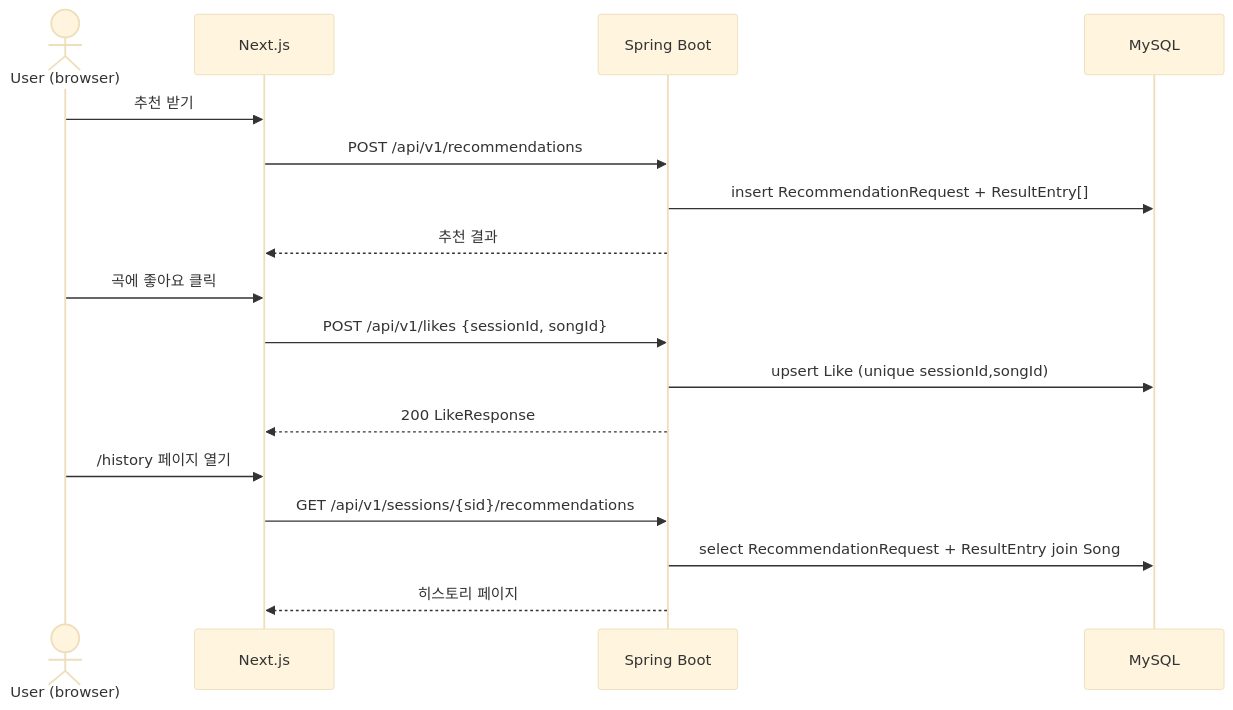
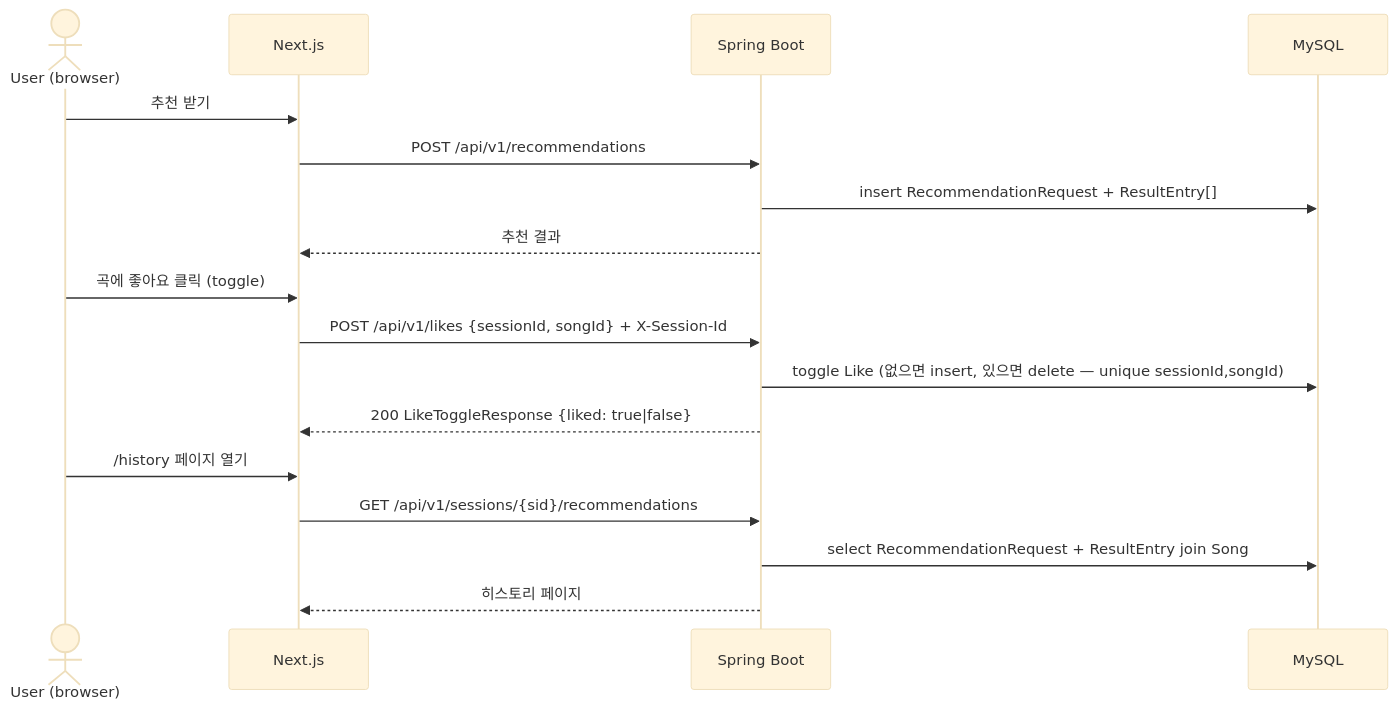
Before and after one commit to goohong/mobruji: the diagram in docs/features/recommendation-history-and-feedback.md, drawn with Mermaid (base theme). The commit also changed other lines of this file and 1 other file, not shown here.

First line of the commit message:
docs: recommendation-history-and-feedback POST toggle 정합 + song-self-analysis AUDIO_ANALYSIS 통일 (rev drift)

````diff
--- a/docs/features/recommendation-history-and-feedback.md
+++ b/docs/features/recommendation-history-and-feedback.md
@@ -134,20 +132,20 @@
 ```mermaid
 sequenceDiagram
     actor U as User (browser)
     participant FE as Next.js
     participant BE as Spring Boot
     participant DB as MySQL
 
     U->>FE: 추천 받기
     FE->>BE: POST /api/v1/recommendations
     BE->>DB: insert RecommendationRequest + ResultEntry[]
     BE-->>FE: 추천 결과
-    U->>FE: 곡에 좋아요 클릭
-    FE->>BE: POST /api/v1/likes {sessionId, songId}
-    BE->>DB: upsert Like (unique sessionId,songId)
-    BE-->>FE: 200 LikeResponse
+    U->>FE: 곡에 좋아요 클릭 (toggle)
+    FE->>BE: POST /api/v1/likes {sessionId, songId} + X-Session-Id
+    BE->>DB: toggle Like (없으면 insert, 있으면 delete — unique sessionId,songId)
+    BE-->>FE: 200 LikeToggleResponse {liked: true|false}
     U->>FE: /history 페이지 열기
     FE->>BE: GET /api/v1/sessions/{sid}/recommendations
     BE->>DB: select RecommendationRequest + ResultEntry join Song
     BE-->>FE: 히스토리 페이지
 ```
````
